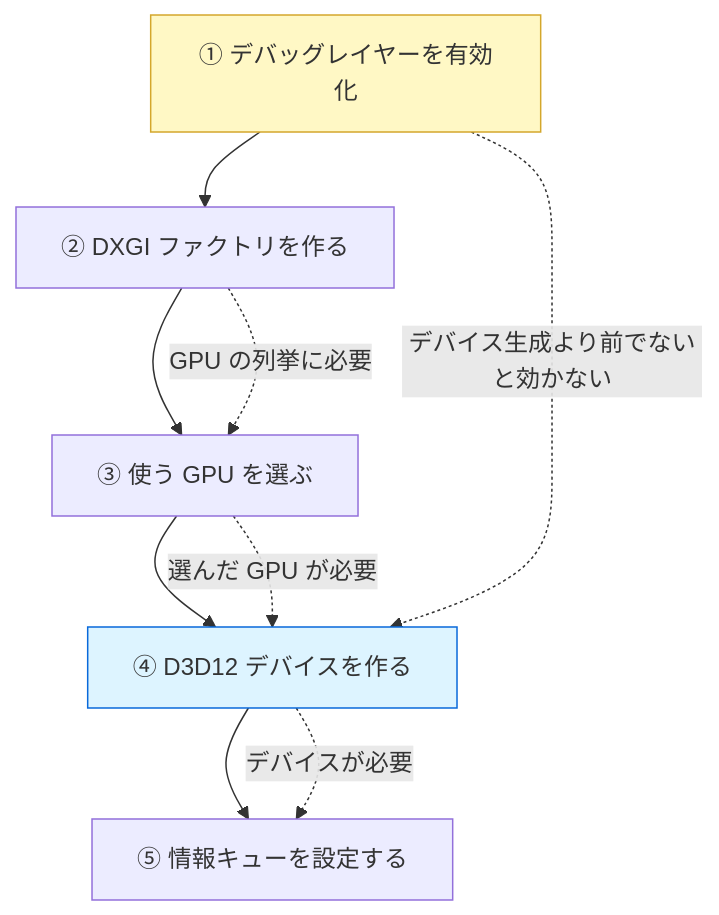
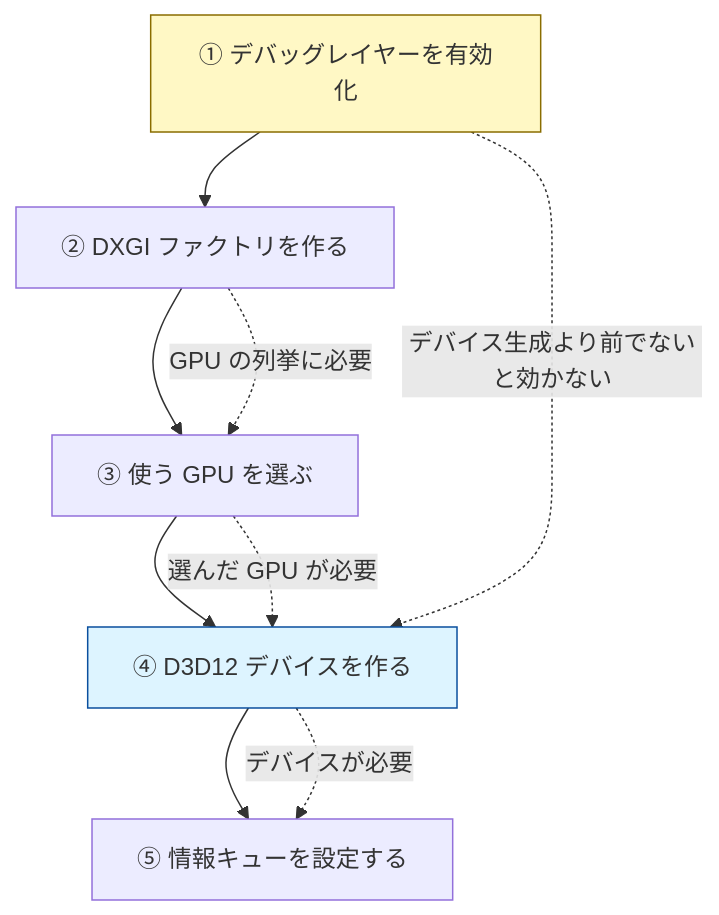
One commit to Tomonorarari-Think/DirectX12Dev changed the first of 3 diagrams in docs/tutorial/03_DirectX12の初期化.md. Above: the diagram before and after it, drawn with Mermaid. The commit also changed other lines of this file and 24 other files, not shown here.

First line of the commit message:
fix: 図の配色を見直し、コントラスト比を 7:1 以上に引き上げる

````diff
--- a/docs/tutorial/03_DirectX12の初期化.md
+++ b/docs/tutorial/03_DirectX12の初期化.md
@@ -35,15 +35,15 @@
 ```mermaid
 flowchart TD
     A["① デバッグレイヤーを有効化"] --> B["② DXGI ファクトリを作る"]
     B --> C["③ 使う GPU を選ぶ"]
     C --> D["④ D3D12 デバイスを作る"]
     D --> E["⑤ 情報キューを設定する"]
 
     A -. デバイス生成より前でないと効かない .-> D
     B -. GPU の列挙に必要 .-> C
     C -. 選んだ GPU が必要 .-> D
     D -. デバイスが必要 .-> E
 
-    style A fill:#fff8c5,stroke:#d4a72c
-    style D fill:#ddf4ff,stroke:#0969da
+    style A fill:#fff8c5,stroke:#8a6d00
+    style D fill:#ddf4ff,stroke:#0a4f9e
 ```
````
